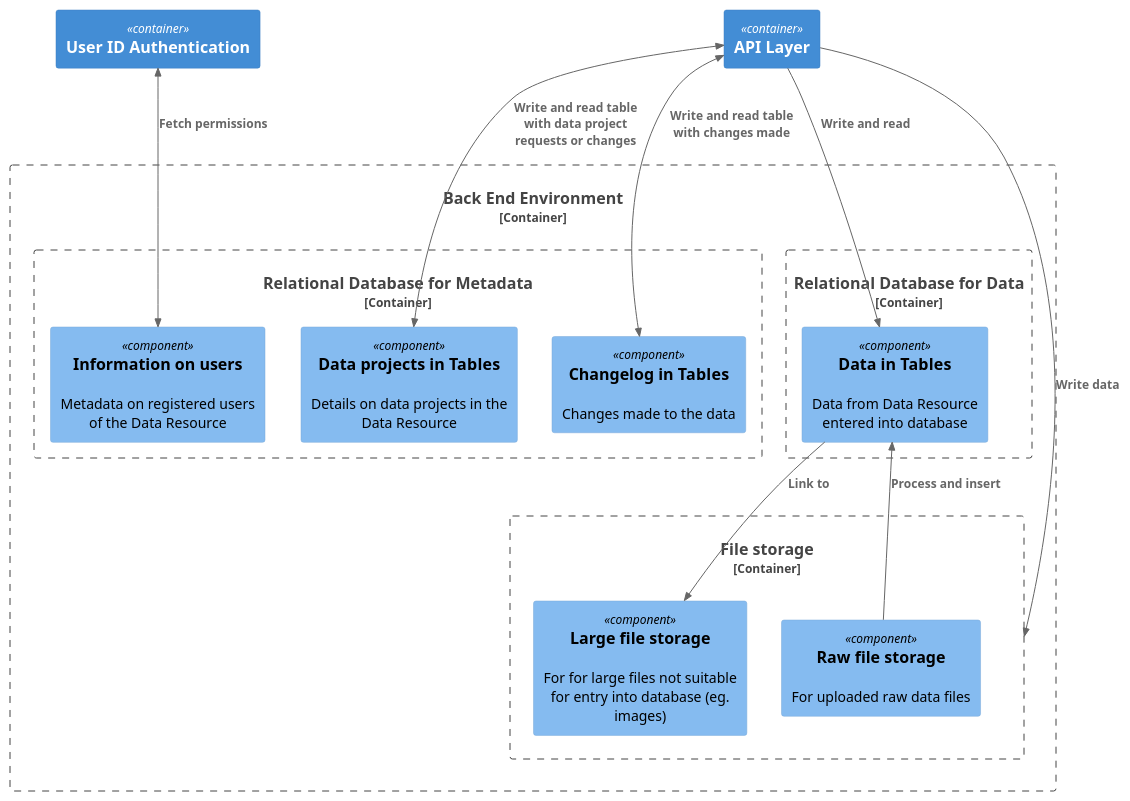
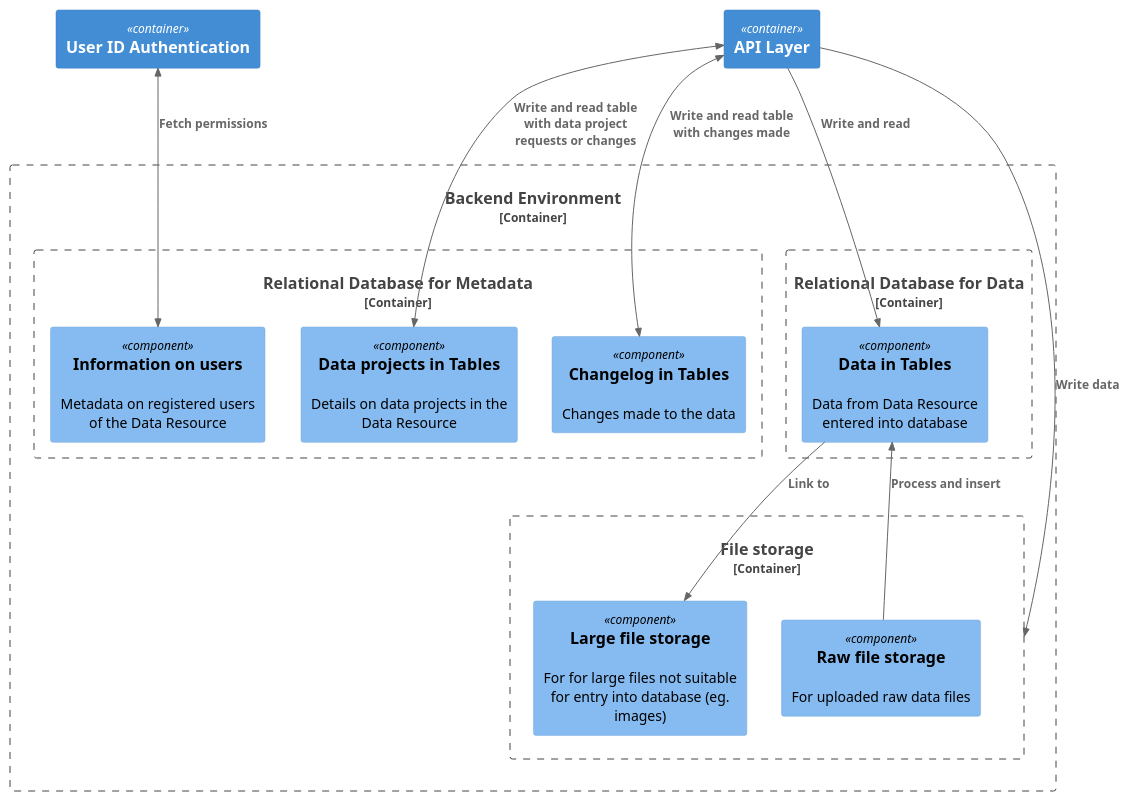
The diagram in design/images/component-backend.puml (seedcase-project/seedcase-website), drawn with PlantUML before and after one commit. The commit also changed 10 other files, not shown here.

```diff
--- a/design/images/component-backend.puml
+++ b/design/images/component-backend.puml
@@ -1,45 +1,45 @@
 @startuml 
 !include  https://raw.githubusercontent.com/plantuml-stdlib/C4-PlantUML/master/C4_Component.puml
 
 ' Component diagram for The Seedcase product - Backend: File Storage
 
 Container(uia, "User ID Authentication")
 Container(api, "API Layer")
 
-Container_Boundary(bee, "Back End Environment") {
+Container_Boundary(bee, "Backend Environment") {
   Container_Boundary(rdb_metadata, "Relational Database for Metadata") {
     Component(data_projects, "Data projects in Tables", $descr="Details on data projects in the Data Resource")
     Component(changelog, "Changelog in Tables", $descr="Changes made to the data")
     Component(user_info, "Information on users", $descr="Metadata on registered users of the Data Resource")
     ' TODO: Not sure what to do about these.
     ' Component(data_dictionary, "Resource data dictionary", "the data dictionary unique to the data Resource")
     ' Component(cdm_data, "Common Data Models", "pre-loaded data dictionaries from common data models")
   }
   Container_Boundary(rdb_data, "Relational Database for Data") {
     Component(dt, "Data in Tables", $descr="Data from Data Resource entered into database")
     ' TODO: Not sure what to do about these.
     ' Component(data_dictionary, "Resource data dictionary", "the data dictionary unique to the data Resource")
     ' Component(cdm_data, "Common Data Models", "pre-loaded data dictionaries from common data models")
     ' Component(schema, "Schema Metadata", "Schema data pre-loaded?")
   }
   Container_Boundary(fs, "File storage") {
     Component(raw_file, "Raw file storage", $descr="For uploaded raw data files")
     Component(large_file, "Large file storage", $descr="For for large files not suitable for entry into database (eg. images)")
   }
 }
 
 Rel(api, fs, "Write data")
 
 Rel(api, dt, "Write and read")
 BiRel(api, changelog, "Write and read table with changes made")
 BiRel(api, data_projects, "Write and read table with data project requests or changes")
 
 Rel(raw_file, dt, "Process and insert")
 Rel(dt, large_file, "Link to")
 
 BiRel(uia, user_info, "Fetch permissions")
 
 ' TODO: Not sure what to do about these yet.
 ' Rel(api, data_dictionary, "reads data from")
 ' Rel(data_dictionary, cdm_data, "may copy data from")
 @enduml
```
